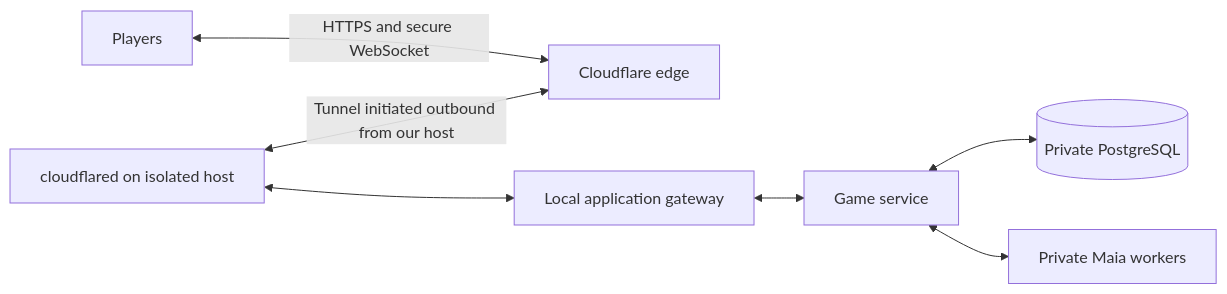
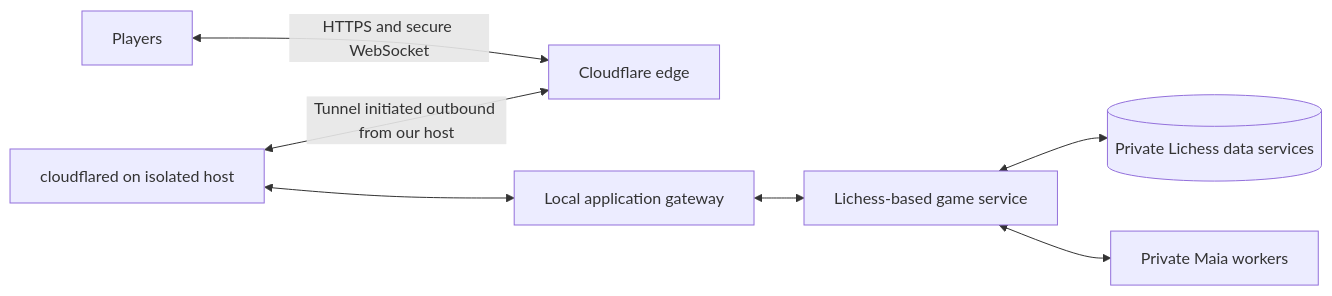
Before and after one commit to Dash1971/mute-chess: the second of 2 diagrams in README.md, drawn with Mermaid. The commit also changed other lines of this file and 6 other files, not shown here.

Commit message:
Confirm Lichess foundation and desktop analysis roadmap

````diff
--- a/README.md
+++ b/README.md
@@ -224,9 +268,9 @@
 ```mermaid
 flowchart LR
     Players[Players] <-->|HTTPS and secure WebSocket| Edge[Cloudflare edge]
     Connector[cloudflared on isolated host] <-->|Tunnel initiated outbound from our host| Edge
     Connector <--> Gateway[Local application gateway]
-    Gateway <--> App[Game service]
-    App <--> DB[(Private PostgreSQL)]
+    Gateway <--> App[Lichess-based game service]
+    App <--> DB[(Private Lichess data services)]
     App <--> Maia[Private Maia workers]
 ```
````
